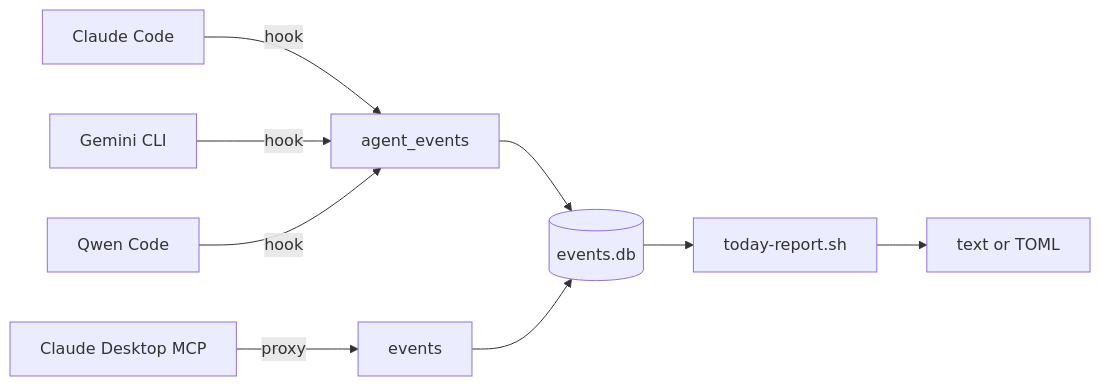
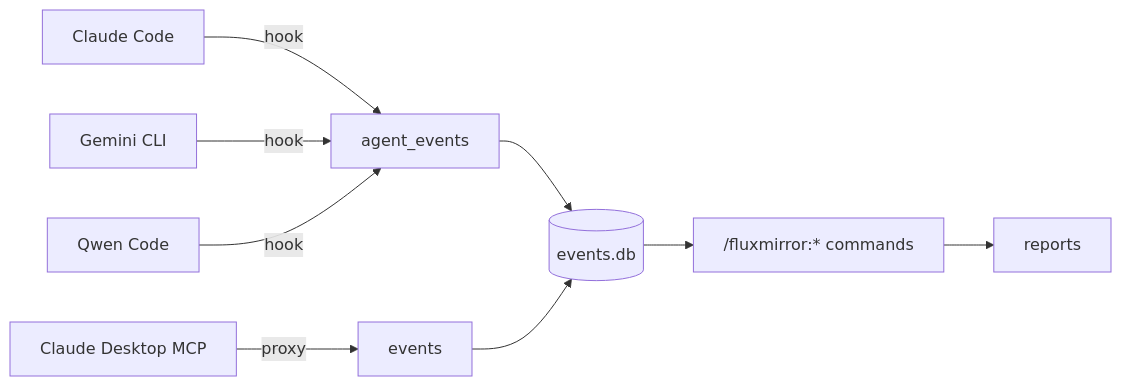
The diagram in README.md (OpenFluxGate/fluxmirror), drawn with Mermaid before and after one commit. The commit also changed other lines of this file and 28 other files, not shown here.

````diff
--- a/README.md
+++ b/README.md
@@ -17,11 +21,11 @@
 ```mermaid
 graph LR
     CC[Claude Code] -->|hook| AE[agent_events]
     GC[Gemini CLI] -->|hook| AE
     QC[Qwen Code] -->|hook| AE
     CD[Claude Desktop MCP] -->|proxy| EV[events]
     AE --> DB[(events.db)]
     EV --> DB
-    DB --> TR[today-report.sh]
-    TR --> OUT[text or TOML]
+    DB --> CMD["/fluxmirror:* commands"]
+    CMD --> OUT[reports]
 ```
````
